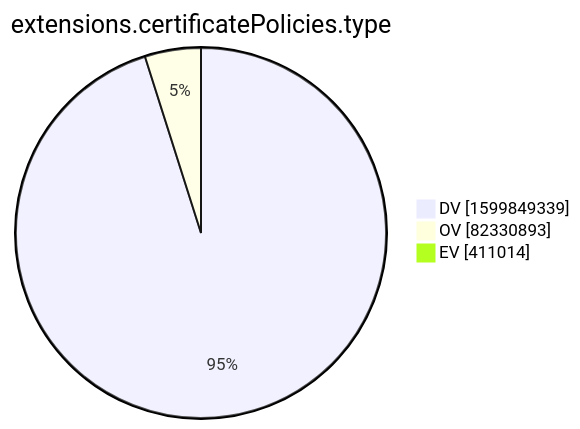
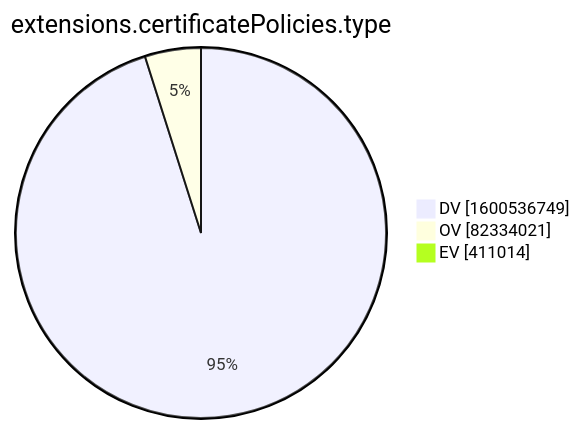
One commit to christiankrug/ctmonitor_visualization changed the tenth of 15 diagrams in xenon2022/README.md. Above: the diagram before and after it, drawn with Mermaid. The commit also changed other lines of this file, not shown here.

````diff
--- a/xenon2022/README.md
+++ b/xenon2022/README.md
@@ -2878,7 +2878,7 @@
 ```mermaid
 pie showData
 title extensions.certificatePolicies.type
-"DV" :1599849339
-"OV" :82330893
+"DV" :1600536749
+"OV" :82334021
 "EV" :411014
 ```
````
